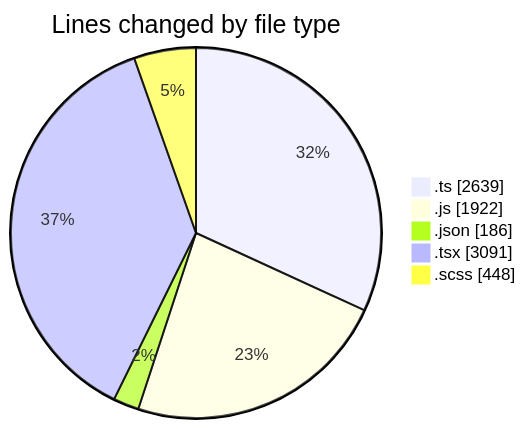
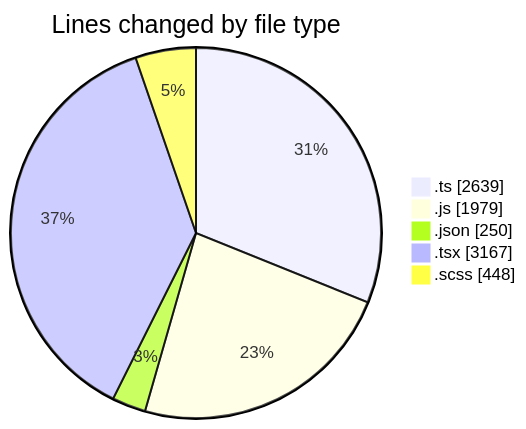
One commit to momahboobian/code-tracking changed the first of 2 diagrams in 2026-06-18/cda/README.md. Above: the diagram before and after it, drawn with Mermaid. The commit also changed other lines of this file and 1 other file, not shown here.

````diff
--- a/2026-06-18/cda/README.md
+++ b/2026-06-18/cda/README.md
@@ -61,9 +62,9 @@
 ```mermaid
 pie showData
 title Lines changed by file type
 ".ts" : 2639
-".js" : 1922
-".json" : 186
-".tsx" : 3091
+".js" : 1979
+".json" : 250
+".tsx" : 3167
 ".scss" : 448
 ```
````
